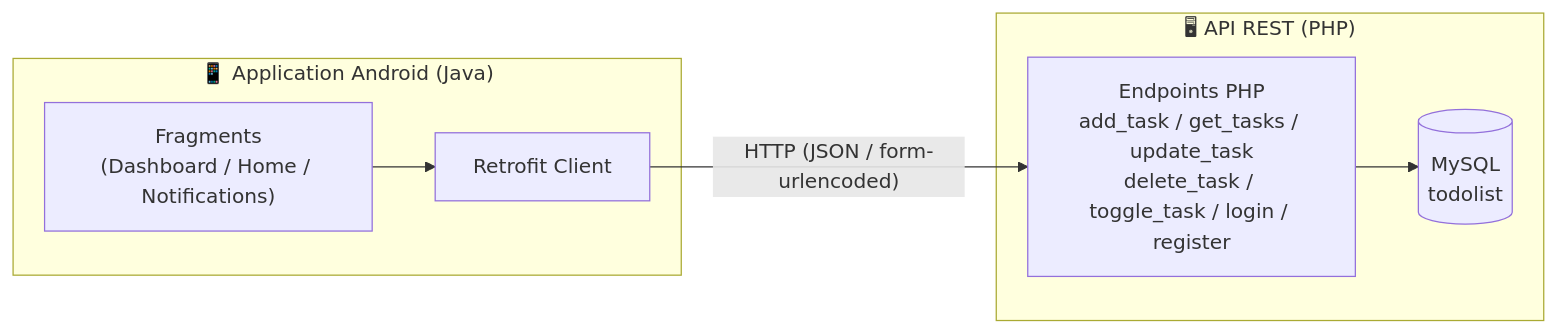
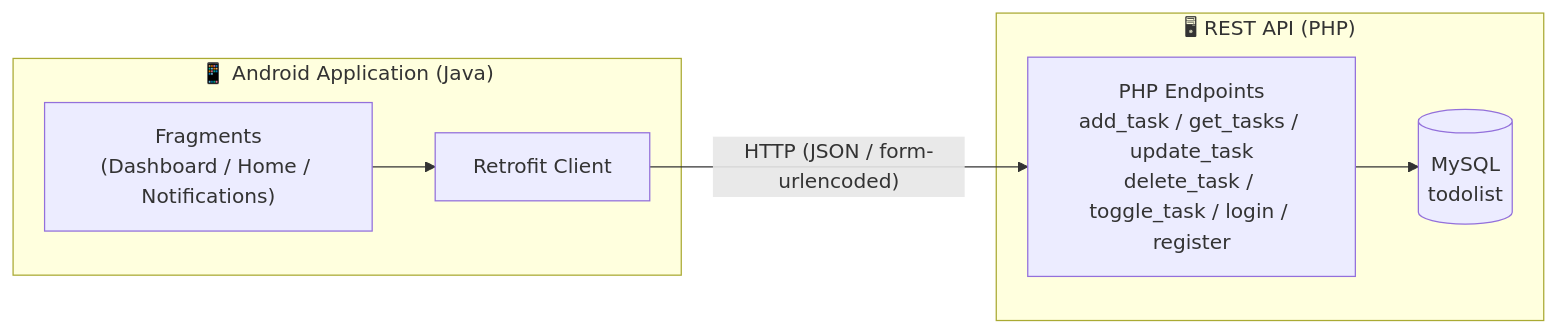
The first of 2 diagrams in README.md (AjmiOns/todolist-android-app), drawn with Mermaid before and after one commit. The commit also changed other lines of this file, not shown here.

````diff
--- a/README.md
+++ b/README.md
@@ -71,16 +72,16 @@
 ```mermaid
 flowchart LR
-    subgraph Mobile["📱 Application Android (Java)"]
+    subgraph Mobile["📱 Android Application (Java)"]
         UI["Fragments\n(Dashboard / Home / Notifications)"]
         RC["Retrofit Client"]
         UI --> RC
     end
 
-    subgraph Backend["🖥 API REST (PHP)"]
-        EP["Endpoints PHP\nadd_task / get_tasks / update_task\ndelete_task / toggle_task / login / register"]
+    subgraph Backend["🖥 REST API (PHP)"]
+        EP["PHP Endpoints\nadd_task / get_tasks / update_task\ndelete_task / toggle_task / login / register"]
         DB[("MySQL\ntodolist")]
         EP --> DB
     end
 
     RC -- "HTTP (JSON / form-urlencoded)" --> EP
 ```
````
